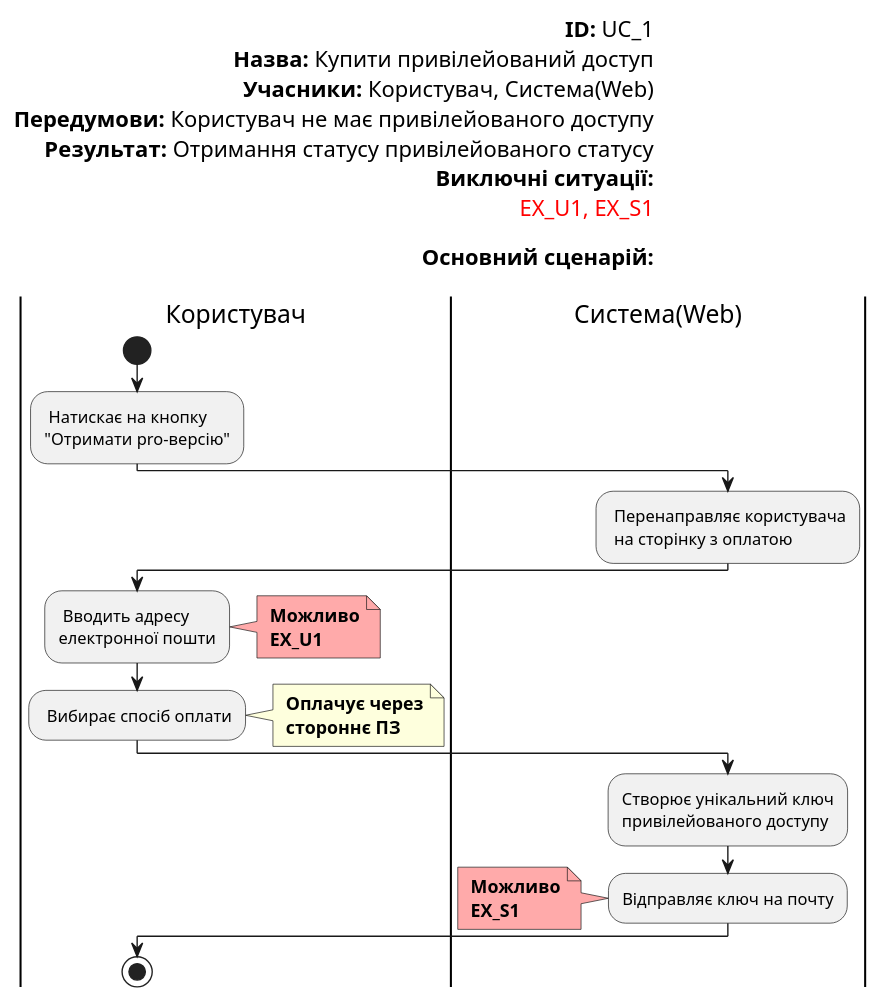
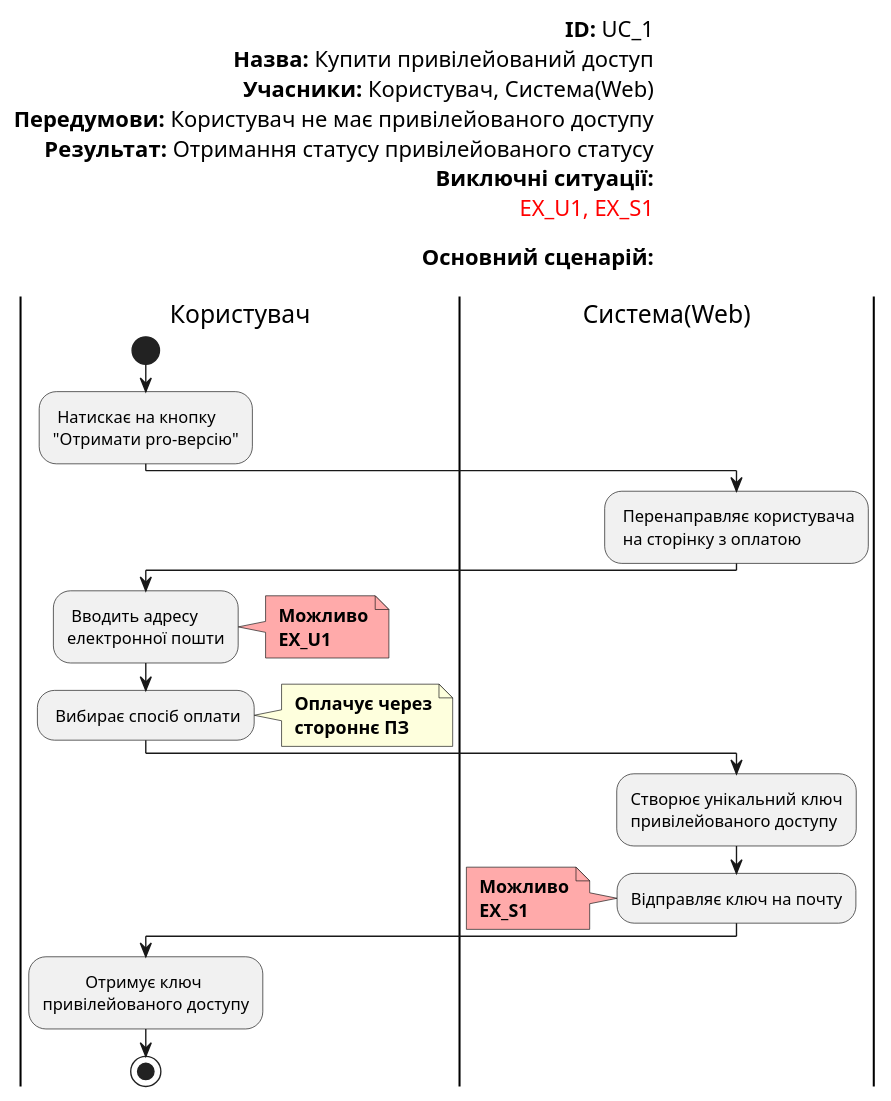
The diagram in doc/uml/UC_1.puml (NeProgramist/Cytrus), drawn with PlantUML before and after one commit.

Commit message:
add last action on user side

```diff
--- a/doc/uml/UC_1.puml
+++ b/doc/uml/UC_1.puml
@@ -1,52 +1,54 @@
 @startuml
 
 left header
 <font color=000 size=16><b>ID:</b> UC_1
 <font color=000 size=16><b>Назва:</b> Купити привілейований доступ
 <font color=000 size=16><b>Учасники:</b> Користувач, Система(Web)
 <font color=000 size=16><b>Передумови:</b> Користувач не має привілейованого доступу
 <font color=000 size=16><b>Результат:</b> Отримання статусу привілейованого статусу
 <font color=000 size=16><b>Виключні ситуації:</b>
 <font color=red size=16>EX_U1, EX_S1
 
 <font color=000 size=16><b>Основний сценарій:</b>
 
 end header
 
 |Користувач|
 start
 : Натискає на кнопку
 "Отримати pro-версію";
 
 |Система(Web)|
 : Перенаправляє користувача
  на сторінку з оплатою;
 
 |Користувач|
 : Вводить адресу
 електронної пошти;
 note right #ffaaaa
 <b> Можливо
 <b> EX_U1
 end note
 
 : Вибирає спосіб оплати;
 note right
 <b> Оплачує через
 <b> стороннє ПЗ
 end note
 
 |Система(Web)|
 :Створює унікальний ключ
 привілейованого доступу;
 
 :Відправляє ключ на почту;
 note left #ffaaaa
 <b> Можливо
 <b> EX_S1
 end note
 
 |Користувач|
+:          Отримує ключ 
+привілейованого доступу;
 stop;
 
 @enduml
```
